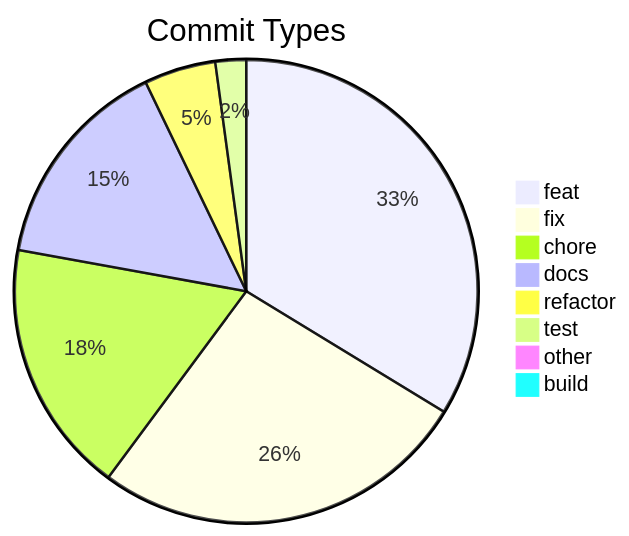
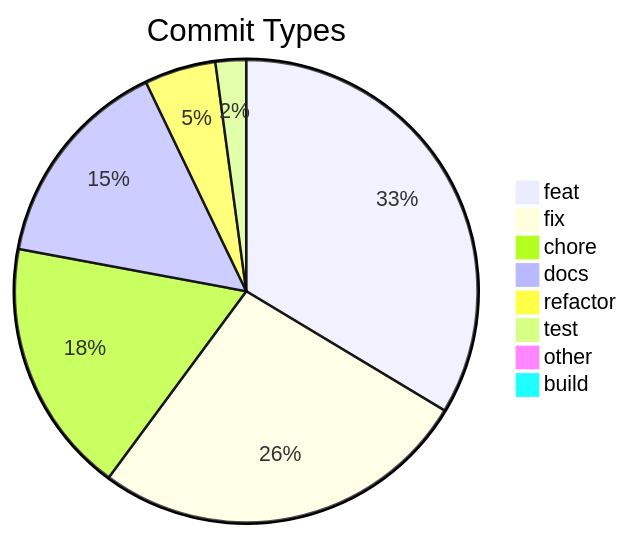
Before and after one commit to svenroth-ai/shipwright: the diagram in .shipwright/compliance/change-history.md, drawn with Mermaid. The commit also changed other lines of this file and 15 other files, not shown here.

First line of the commit message:
chore(iterate): architecture-md drift protection + 3 discipline lessons (#76)

````diff
--- a/.shipwright/compliance/change-history.md
+++ b/.shipwright/compliance/change-history.md
@@ -8,11 +8,11 @@
 ```mermaid
 pie title Commit Types
     "feat" : 236
-    "fix" : 185
-    "chore" : 124
+    "fix" : 186
+    "chore" : 125
     "docs" : 105
     "refactor" : 35
     "test" : 15
     "other" : 7
     "build" : 1
 ```
````
